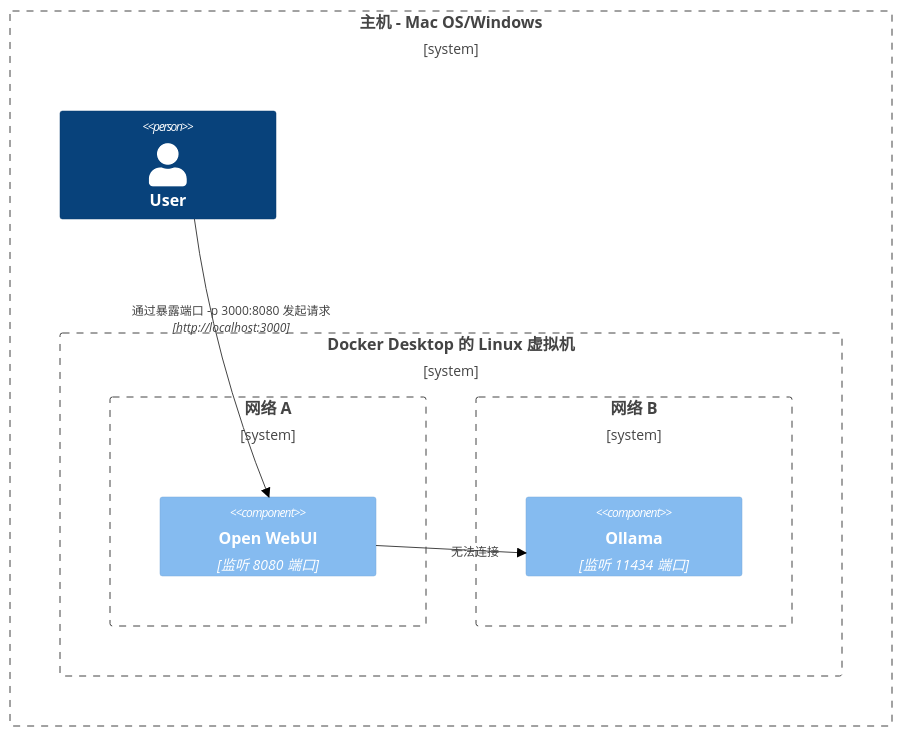
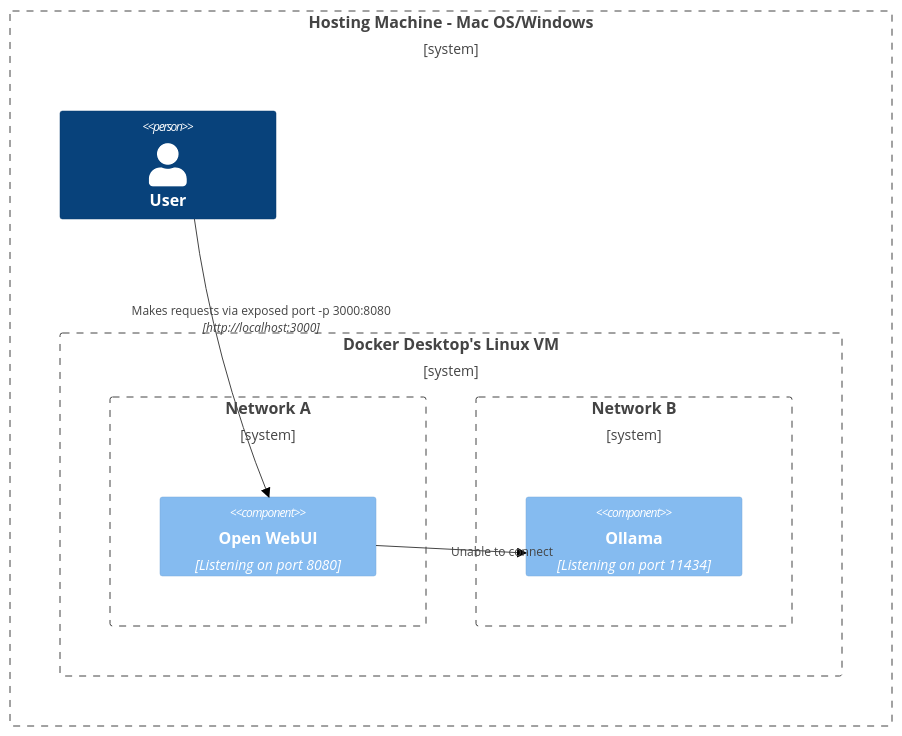
One commit to SMYQH/openwebuidocs changed the third of 8 diagrams in zh-cn/docs/reference/network-diagrams.mdx. Above: the diagram before and after it, drawn with Mermaid (neutral theme). The commit also changed other lines of this file and 116 other files, not shown here.

````diff
--- a/zh-cn/docs/reference/network-diagrams.mdx
+++ b/zh-cn/docs/reference/network-diagrams.mdx
@@ -65,17 +65,17 @@
 ```mermaid
 C4Context
-Boundary(b0, "主机 - Mac OS/Windows") {
+Boundary(b0, "Hosting Machine - Mac OS/Windows") {
    Person(user, "User")
-   Boundary(b1, "Docker Desktop 的 Linux 虚拟机") {
-      Boundary(b2, "网络 A") {
-         Component(openwebui, "Open WebUI", "监听 8080 端口")
+   Boundary(b1, "Docker Desktop's Linux VM") {
+      Boundary(b2, "Network A") {
+         Component(openwebui, "Open WebUI", "Listening on port 8080")
       }
-      Boundary(b3, "网络 B") {
-         Component(ollama, "Ollama", "监听 11434 端口")
+      Boundary(b3, "Network B") {
+         Component(ollama, "Ollama", "Listening on port 11434")
       }
    }
 }
-Rel(openwebui, ollama, "无法连接")
-Rel(user, openwebui, "通过暴露端口 -p 3000:8080 发起请求", "http://localhost:3000")
+Rel(openwebui, ollama, "Unable to connect")
+Rel(user, openwebui, "Makes requests via exposed port -p 3000:8080", "http://localhost:3000")
 UpdateRelStyle(user, openwebui, $offsetX="-100", $offsetY="-50")
 ```
````
